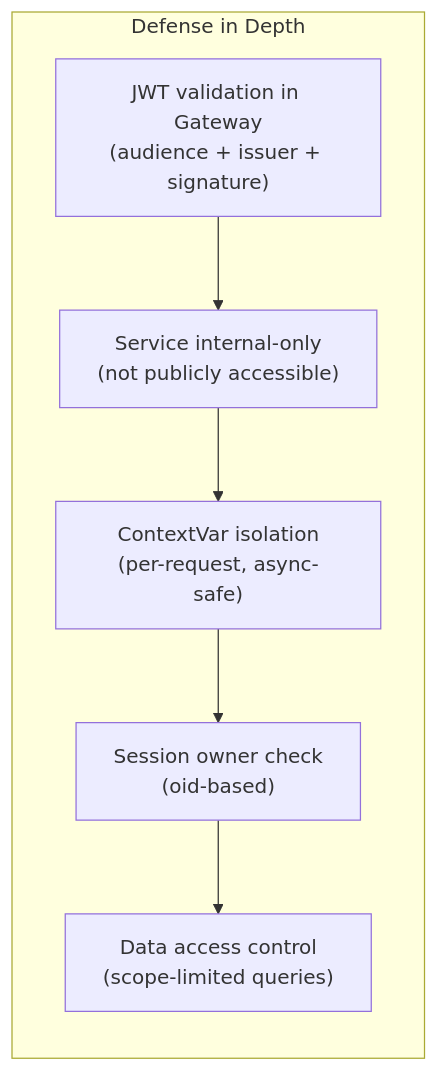
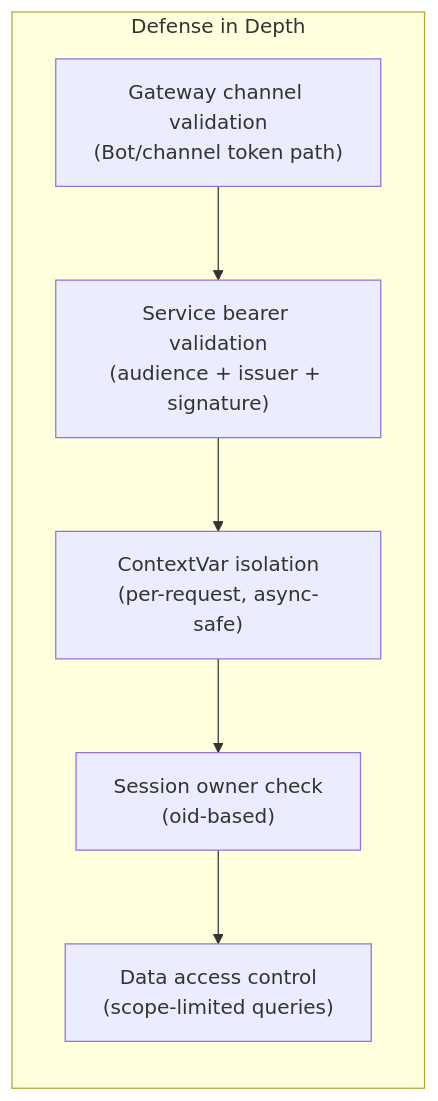
One commit to james-tn/dbx-mcp-copilot changed the eighth of 8 diagrams in docs/m365-agentic-service-developer-guide.md. Above: the diagram before and after it, drawn with Mermaid. The commit also changed other lines of this file and 1 other file, not shown here.

````diff
--- a/docs/m365-agentic-service-developer-guide.md
+++ b/docs/m365-agentic-service-developer-guide.md
@@ -686,11 +686,11 @@
 ```mermaid
 flowchart LR
     subgraph "Defense in Depth"
-        V1["JWT validation in Gateway<br/>(audience + issuer + signature)"]
-        V2["Service internal-only<br/>(not publicly accessible)"]
+        V1["Gateway channel validation<br/>(Bot/channel token path)"]
+        V2["Service bearer validation<br/>(audience + issuer + signature)"]
         V3["ContextVar isolation<br/>(per-request, async-safe)"]
         V4["Session owner check<br/>(oid-based)"]
         V5["Data access control<br/>(scope-limited queries)"]
     end
     V1 --> V2 --> V3 --> V4 --> V5
 ```
````
